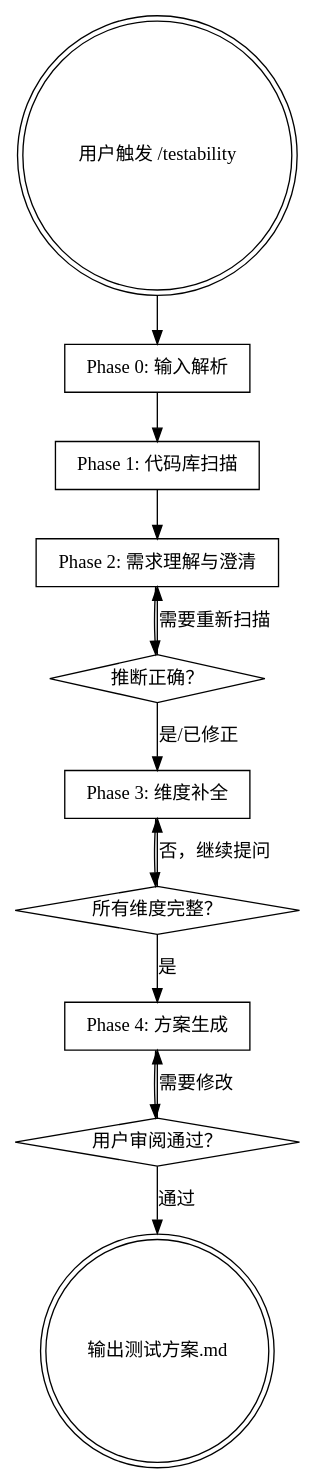
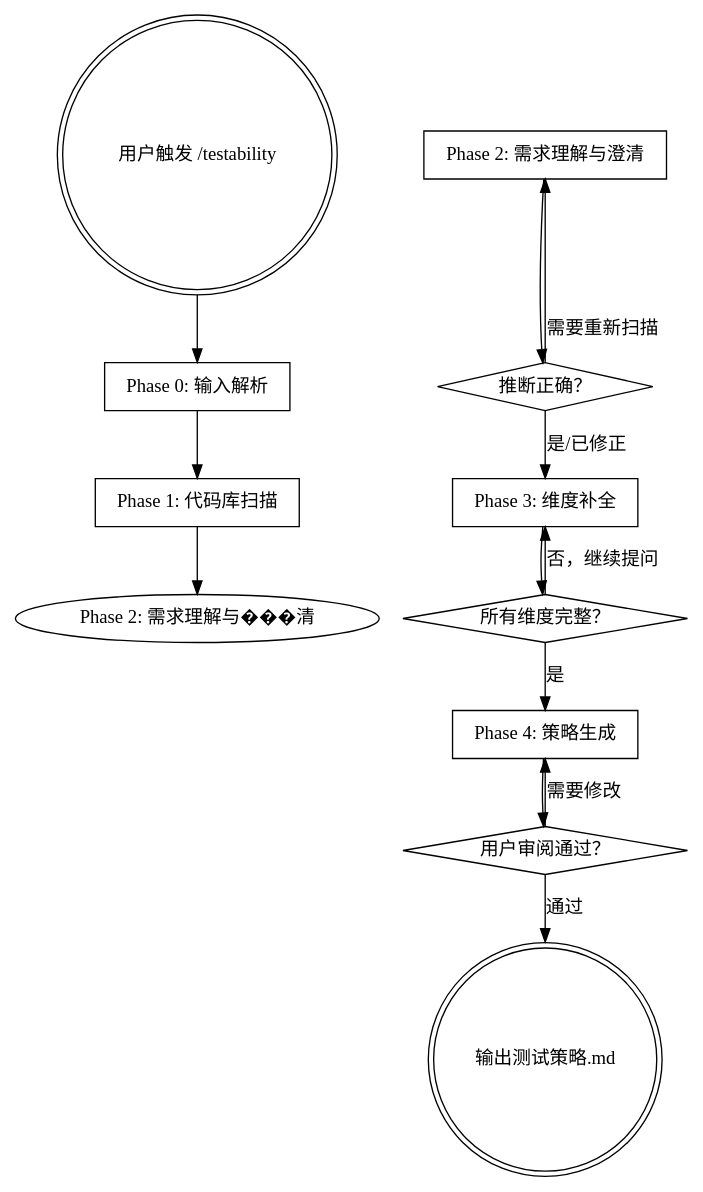
The diagram in skills/testability/SKILL.md (dannnney/echo-tdd), drawn with Graphviz before and after one commit. The commit also changed other lines of this file and 14 other files, not shown here.

````diff
--- a/skills/testability/SKILL.md
+++ b/skills/testability/SKILL.md
@@ -37,29 +104,29 @@
 ```dot
 digraph testability {
     rankdir=TB;
 
     "用户触发 /testability" [shape=doublecircle];
     "Phase 0: 输入解析" [shape=box];
     "Phase 1: 代码库扫描" [shape=box];
     "Phase 2: 需求理解与澄清" [shape=box];
     "推断正确？" [shape=diamond];
     "Phase 3: 维度补全" [shape=box];
     "所有维度完整？" [shape=diamond];
-    "Phase 4: 方案生成" [shape=box];
+    "Phase 4: 策略生成" [shape=box];
     "用户审阅通过？" [shape=diamond];
-    "输出测试方案.md" [shape=doublecircle];
+    "输出测试策略.md" [shape=doublecircle];
 
     "用户触发 /testability" -> "Phase 0: 输入解析";
     "Phase 0: 输入解析" -> "Phase 1: 代码库扫描";
-    "Phase 1: 代码库扫描" -> "Phase 2: 需求理解与澄清";
+    "Phase 1: 代码库扫描" -> "Phase 2: 需求理解与���清";
     "Phase 2: 需求理解与澄清" -> "推断正确？";
     "推断正确？" -> "Phase 3: 维度补全" [label="是/已修正"];
     "推断正确？" -> "Phase 2: 需求理解与澄清" [label="需要重新扫描"];
     "Phase 3: 维度补全" -> "所有维度完整？";
-    "所有维度完整？" -> "Phase 4: 方案生成" [label="是"];
+    "所有维度完整？" -> "Phase 4: 策略生成" [label="是"];
     "所有维度完整？" -> "Phase 3: 维度补全" [label="否，继续提问"];
-    "Phase 4: 方案生成" -> "用户审阅通过？";
-    "用户审阅通过？" -> "输出测试方案.md" [label="通过"];
-    "用户审阅通过？" -> "Phase 4: 方案生成" [label="需要修改"];
+    "Phase 4: 策略生成" -> "用户审阅通过？";
+    "用户审阅通过？" -> "输出测试策略.md" [label="通过"];
+    "用户审阅通过？" -> "Phase 4: 策略生成" [label="需要修改"];
 }
 ```
````
